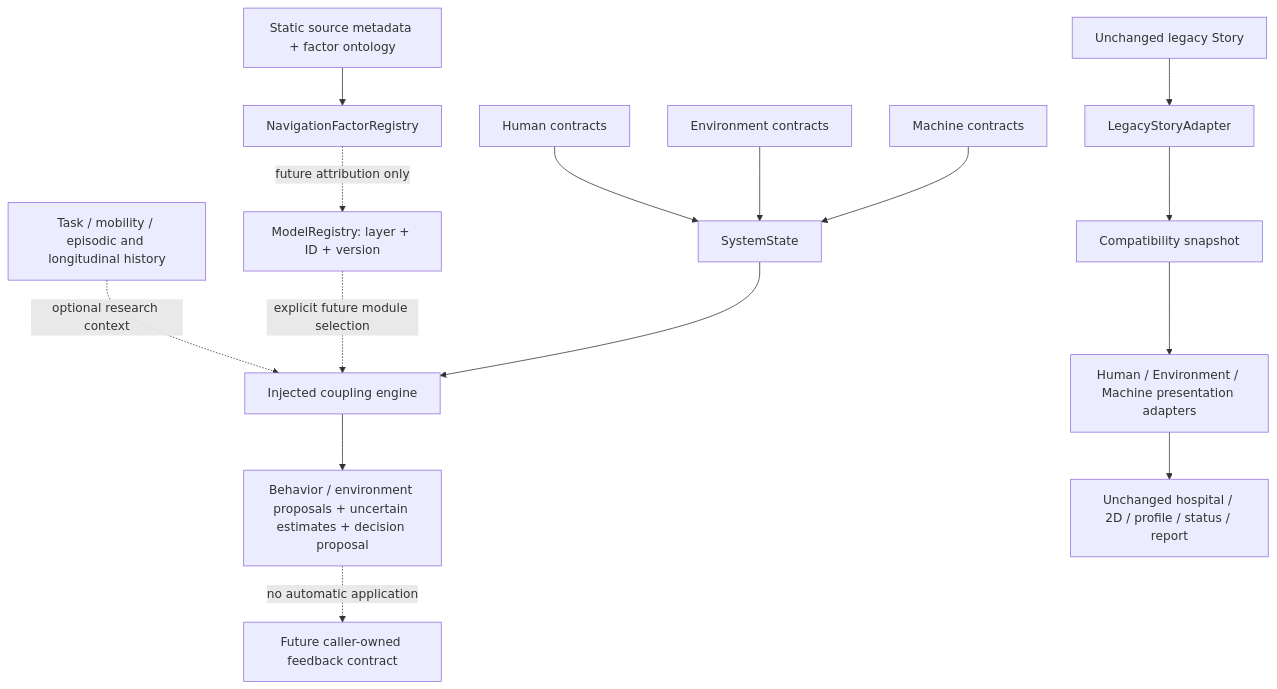
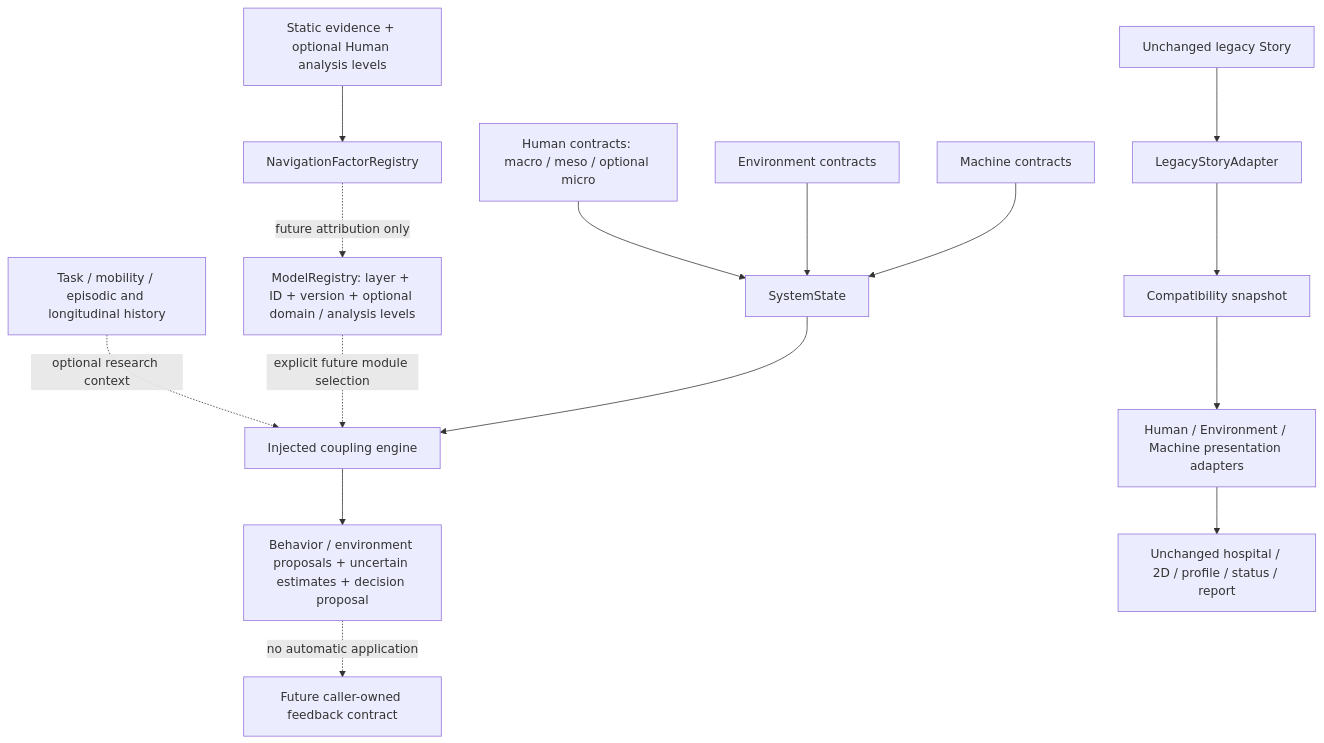
The diagram in HME_ARCHITECTURE.md (zhoujia07-hash/NewResearchParadigm), drawn with Mermaid before and after one commit. The commit also changed other lines of this file and 15 other files, not shown here.

Commit message:
Refine Human layer across behavioral psychometric and neural levels

````diff
--- a/HME_ARCHITECTURE.md
+++ b/HME_ARCHITECTURE.md
@@ -200,17 +299,17 @@
 ```mermaid
 flowchart TD
-  Sources[Static source metadata + factor ontology] --> FR[NavigationFactorRegistry]
-  FR -. future attribution only .-> MR[ModelRegistry: layer + ID + version]
-  H[Human contracts] --> SS[SystemState]
+  Sources[Static evidence + optional Human analysis levels] --> FR[NavigationFactorRegistry]
+  FR -. future attribution only .-> MR[ModelRegistry: layer + ID + version + optional domain / analysis levels]
+  H[Human contracts: macro / meso / optional micro] --> SS[SystemState]
   E[Environment contracts] --> SS
   M[Machine contracts] --> SS
   R[Task / mobility / episodic and longitudinal history] -. optional research context .-> CE[Injected coupling engine]
   MR -. explicit future module selection .-> CE
   SS --> CE
   CE --> P[Behavior / environment proposals + uncertain estimates + decision proposal]
   P -. no automatic application .-> F[Future caller-owned feedback contract]
   LS[Unchanged legacy Story] --> LA[LegacyStoryAdapter]
   LA --> S[Compatibility snapshot]
   S --> PA[Human / Environment / Machine presentation adapters]
   PA --> UI[Unchanged hospital / 2D / profile / status / report]
 ```
````
